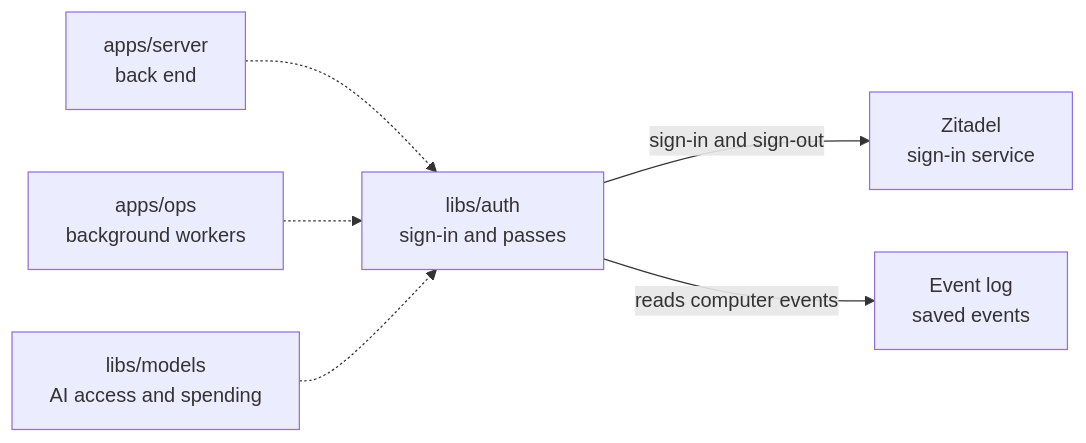
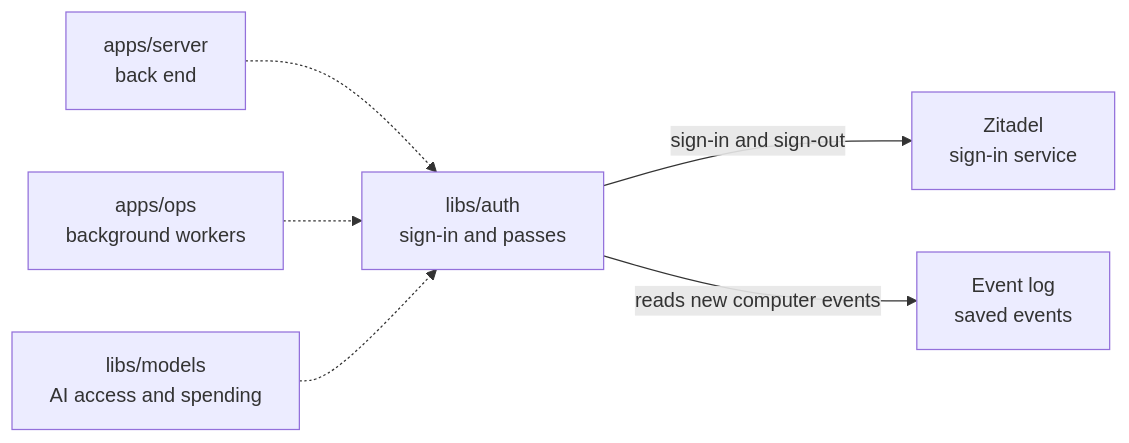
Before and after one commit to elewa-git/opencrane-new: the diagram in libs/auth/README.md, drawn with Mermaid. The commit also changed other lines of this file and 13 other files, not shown here.

Commit message:
⚡ Read new computer events when starting turns.

````diff
--- a/libs/auth/README.md
+++ b/libs/auth/README.md
@@ -11,8 +11,8 @@
 ```mermaid
 flowchart LR
   server["apps/server<br/>back end"] -.-> auth["libs/auth<br/>sign-in and passes"]
   ops["apps/ops<br/>background workers"] -.-> auth
   models["libs/models<br/>AI access and spending"] -.-> auth
   auth -->|sign-in and sign-out| zitadel["Zitadel<br/>sign-in service"]
-  auth -->|reads computer events| events["Event log<br/>saved events"]
+  auth -->|reads new computer events| events["Event log<br/>saved events"]
 ```
````
